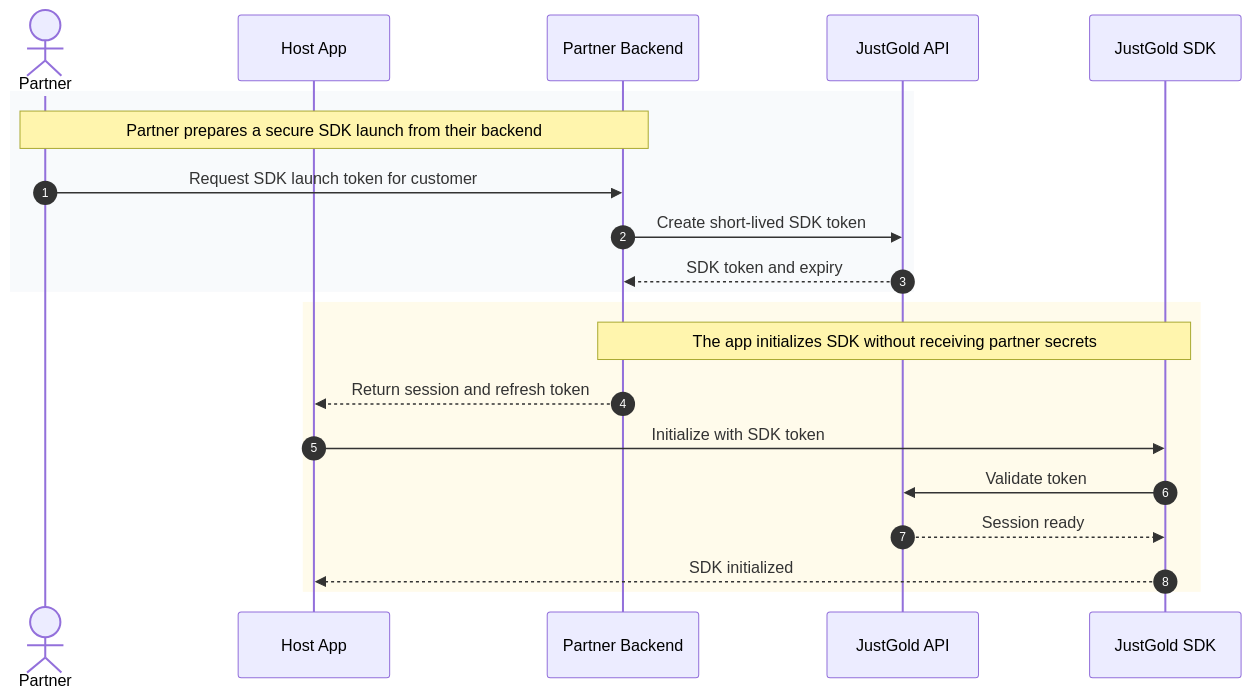
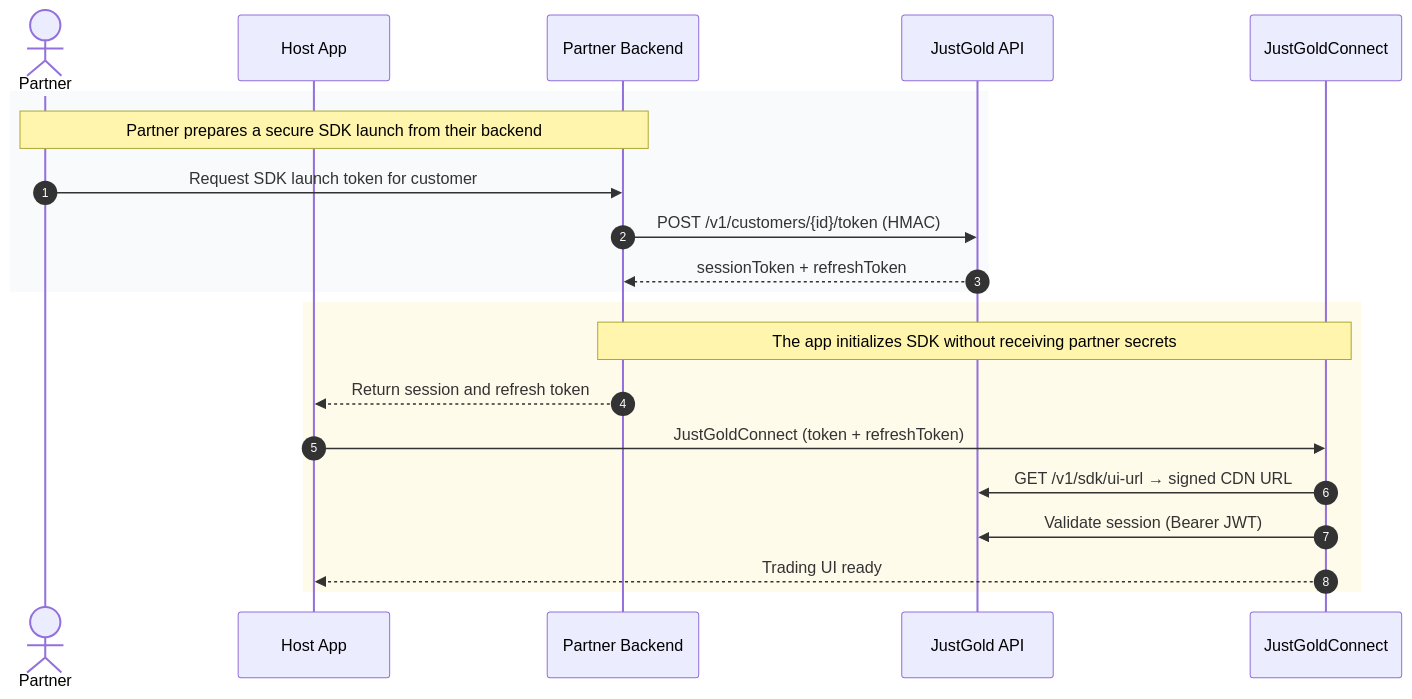
One commit to Just-Gold-JG/docs changed the first of 2 diagrams in sdk/overview.md. Above: the diagram before and after it, drawn with Mermaid. The commit also changed other lines of this file and 7 other files, not shown here.

````diff
--- a/sdk/overview.md
+++ b/sdk/overview.md
@@ -44,25 +61,25 @@
 ```mermaid
 sequenceDiagram
     autonumber
     actor Partner as Partner
     participant Host as Host App
     participant Backend as Partner Backend
     participant JG as JustGold API
-    participant SDK as JustGold SDK
+    participant SDK as JustGoldConnect
 
     rect rgb(248, 250, 252)
         Note over Partner,Backend: Partner prepares a secure SDK launch from their backend
         Partner->>Backend: Request SDK launch token for customer
-        Backend->>JG: Create short-lived SDK token
-        JG-->>Backend: SDK token and expiry
+        Backend->>JG: POST /v1/customers/{id}/token (HMAC)
+        JG-->>Backend: sessionToken + refreshToken
     end
 
     rect rgb(255, 251, 235)
         Note over Backend,SDK: The app initializes SDK without receiving partner secrets
         Backend-->>Host: Return session and refresh token
-        Host->>SDK: Initialize with SDK token
-        SDK->>JG: Validate token
-        JG-->>SDK: Session ready
-        SDK-->>Host: SDK initialized
+        Host->>SDK: JustGoldConnect (token + refreshToken)
+        SDK->>JG: GET /v1/sdk/ui-url → signed CDN URL
+        SDK->>JG: Validate session (Bearer JWT)
+        SDK-->>Host: Trading UI ready
     end
 ```
````
